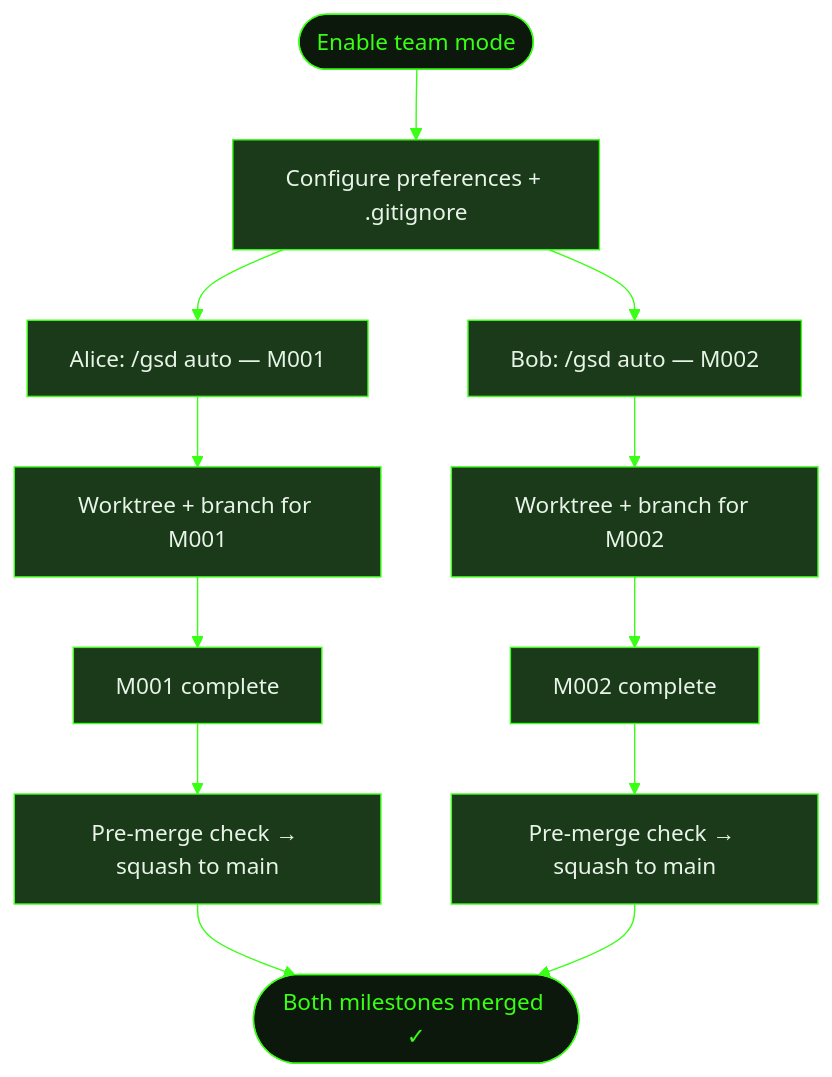
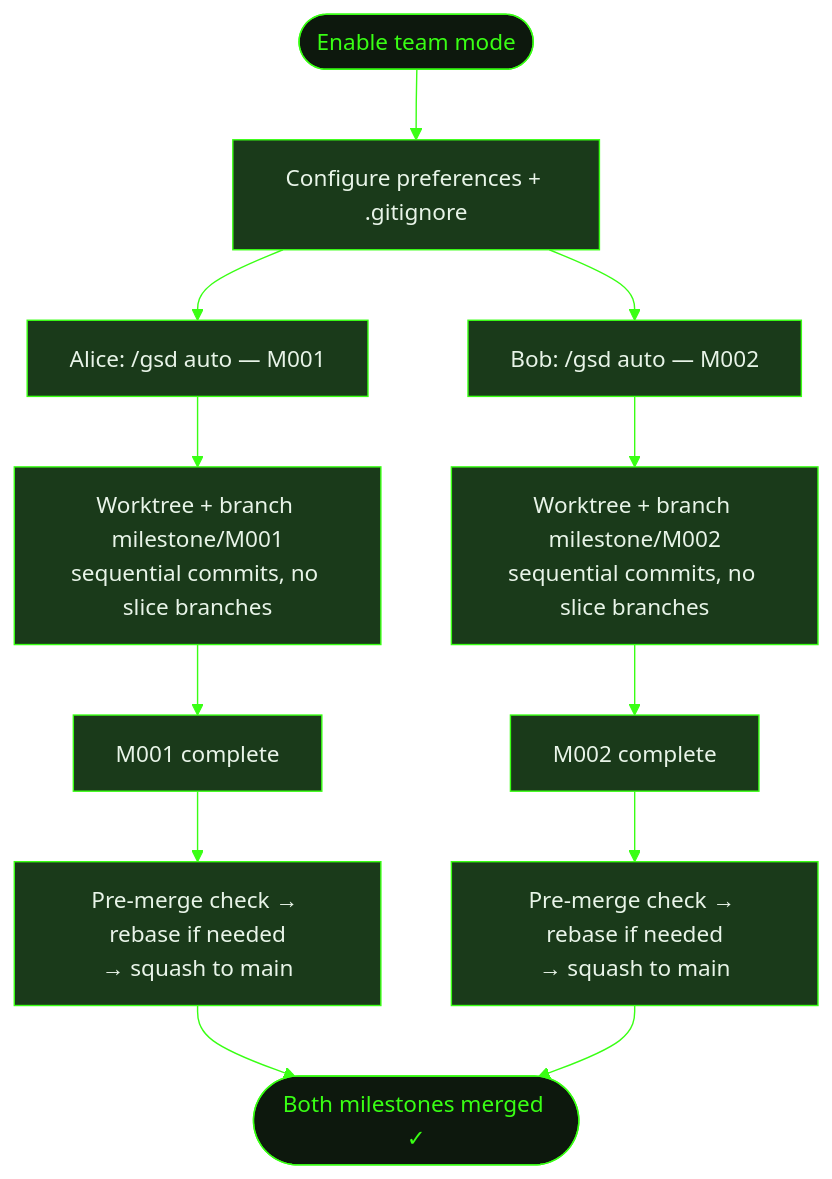
Before and after one commit to shusha-group/gsd2-guide: the diagram in src/content/docs/recipes/working-in-teams.mdx, drawn with Mermaid. The commit also changed other lines of this file and 49 other files, not shown here.

````diff
--- a/src/content/docs/recipes/working-in-teams.mdx
+++ b/src/content/docs/recipes/working-in-teams.mdx
@@ -191,27 +205,27 @@
 ```mermaid
 %%{init: {'theme': 'base', 'themeVariables': {'primaryColor': '#1a3a1a', 'primaryTextColor': '#e8f4e8', 'primaryBorderColor': '#39ff14', 'lineColor': '#39ff14', 'secondaryColor': '#0d180d', 'tertiaryColor': '#0d180d', 'background': '#0a0e0a', 'mainBkg': '#1a3a1a', 'nodeBorder': '#39ff14', 'clusterBkg': '#0d180d', 'titleColor': '#39ff14', 'edgeLabelBackground': '#0a0e0a'}}}%%
 flowchart TD
     Start([Enable team mode]) --> Setup["Configure preferences + .gitignore"]
     Setup --> DevA["Alice: /gsd auto — M001"]
     Setup --> DevB["Bob: /gsd auto — M002"]
-    DevA --> WorkA[Worktree + branch for M001]
-    DevB --> WorkB[Worktree + branch for M002]
+    DevA --> WorkA["Worktree + branch milestone/M001\nsequential commits, no slice branches"]
+    DevB --> WorkB["Worktree + branch milestone/M002\nsequential commits, no slice branches"]
     WorkA --> CompleteA[M001 complete]
     WorkB --> CompleteB[M002 complete]
-    CompleteA --> MergeA[Pre-merge check → squash to main]
-    CompleteB --> MergeB[Pre-merge check → squash to main]
+    CompleteA --> MergeA["Pre-merge check → rebase if needed\n→ squash to main"]
+    CompleteB --> MergeB["Pre-merge check → rebase if needed\n→ squash to main"]
     MergeA --> Done([Both milestones merged ✓])
     MergeB --> Done
 
     style Start fill:#0d180d,stroke:#39ff14,color:#39ff14
     style Setup fill:#1a3a1a,stroke:#39ff14,color:#e8f4e8
     style DevA fill:#1a3a1a,stroke:#39ff14,color:#e8f4e8
     style DevB fill:#1a3a1a,stroke:#39ff14,color:#e8f4e8
     style WorkA fill:#1a3a1a,stroke:#39ff14,color:#e8f4e8
     style WorkB fill:#1a3a1a,stroke:#39ff14,color:#e8f4e8
     style CompleteA fill:#1a3a1a,stroke:#39ff14,color:#e8f4e8
     style CompleteB fill:#1a3a1a,stroke:#39ff14,color:#e8f4e8
     style MergeA fill:#1a3a1a,stroke:#39ff14,color:#e8f4e8
     style MergeB fill:#1a3a1a,stroke:#39ff14,color:#e8f4e8
     style Done fill:#0d180d,stroke:#39ff14,color:#39ff14
 ```
````
